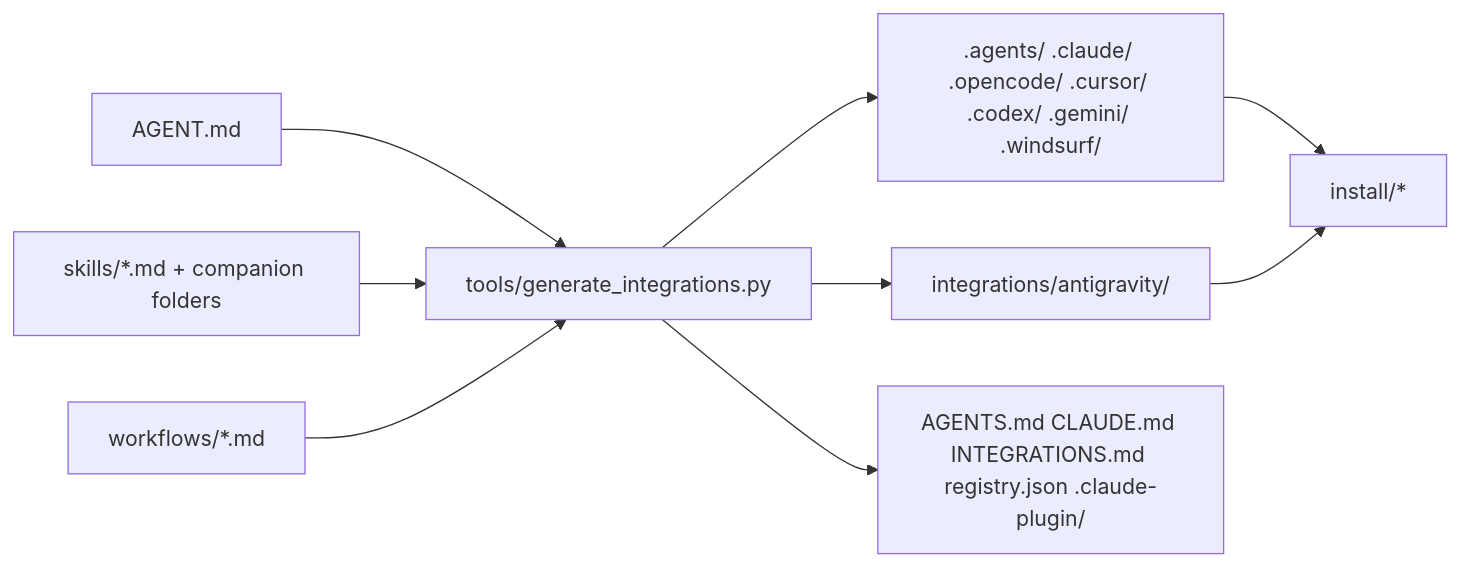
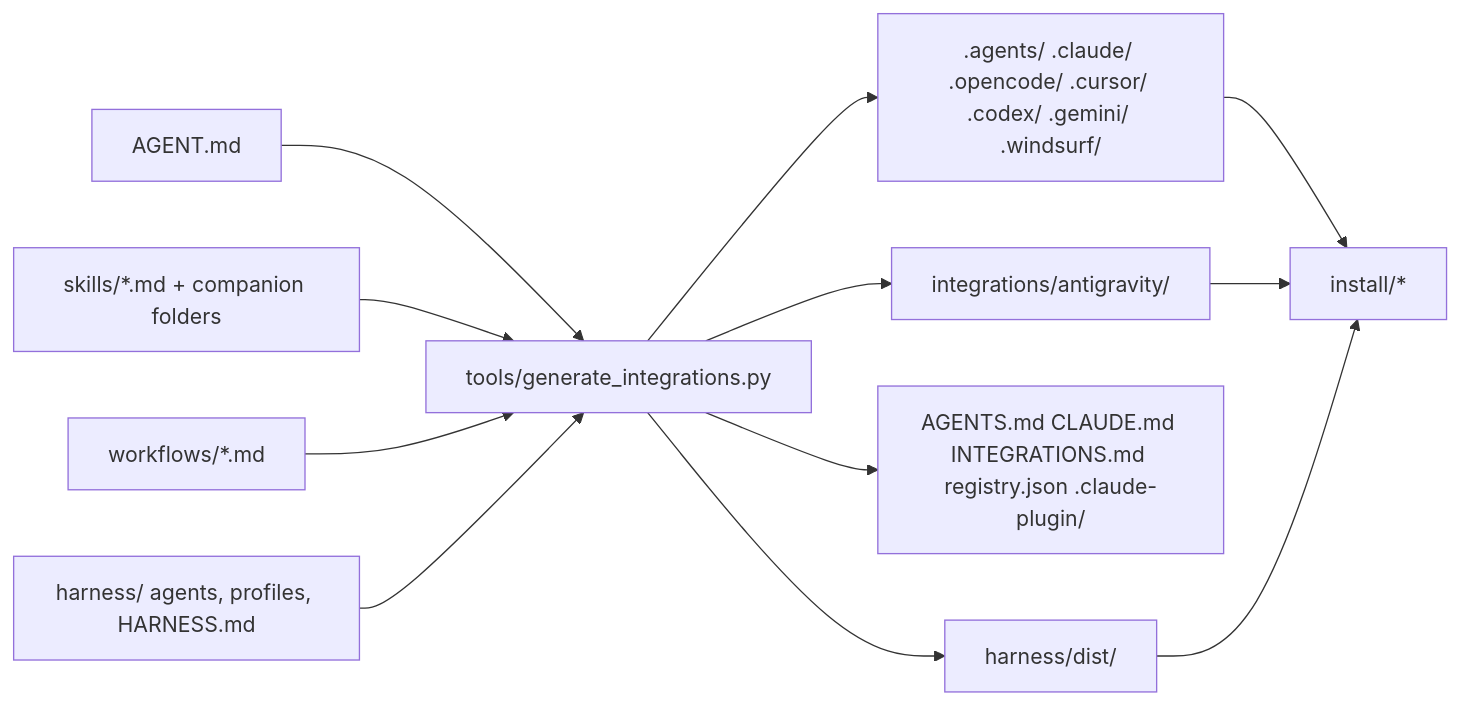
Before and after one commit to ruskicoder/system-prompts: the diagram in prompt-orchestrator/docs/20-architecture/system.md, drawn with Mermaid. The commit also changed other lines of this file and 93 other files, not shown here.

````diff
--- a/prompt-orchestrator/docs/20-architecture/system.md
+++ b/prompt-orchestrator/docs/20-architecture/system.md
@@ -22,11 +23,14 @@
 ```mermaid
 flowchart LR
     A[AGENT.md] --> G[tools/generate_integrations.py]
     S[skills/*.md + companion folders] --> G
     W[workflows/*.md] --> G
     G --> O[".agents/ .claude/ .opencode/ .cursor/ .codex/ .gemini/ .windsurf/"]
     G --> P[integrations/antigravity/]
     G --> M[AGENTS.md CLAUDE.md INTEGRATIONS.md registry.json .claude-plugin/]
+    H[harness/ agents, profiles, HARNESS.md] --> G
+    G --> HD[harness/dist/]
     O --> I[install/*]
     P --> I
+    HD --> I
 ```
````
